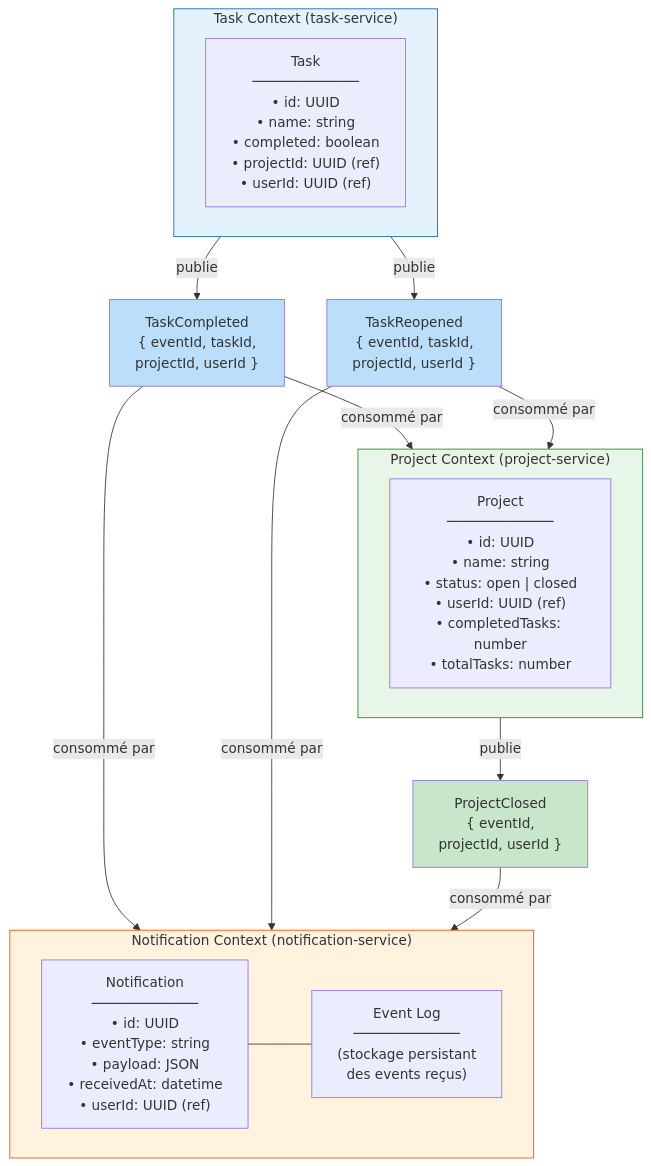
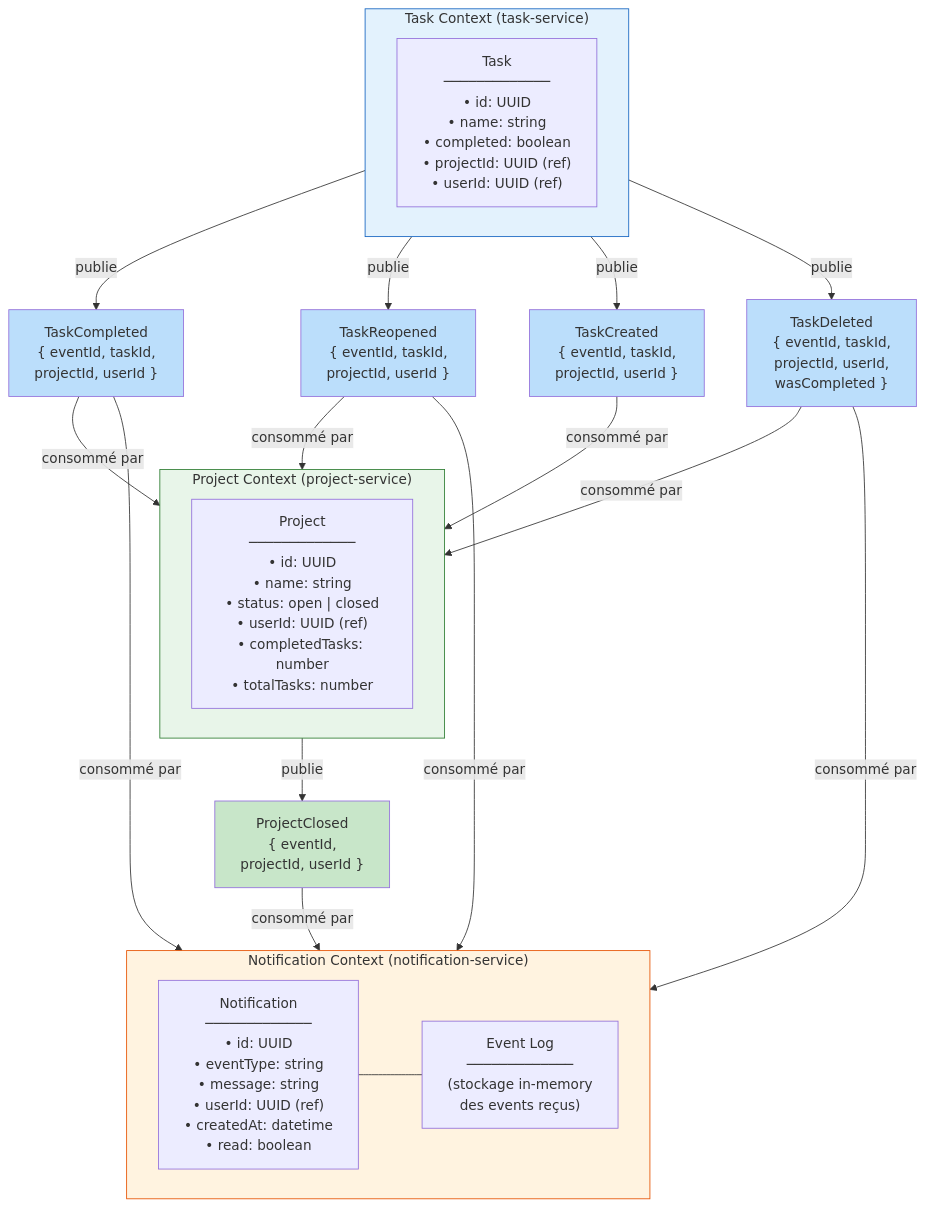
The eighth of 8 diagrams in docs/ARCHITECTURE.md (KarimHannaallah/Archi-logicielle), drawn with Mermaid before and after one commit. The commit also changed other lines of this file and 2 other files, not shown here.

Commit message:
docs: ADR-005 event-driven + architecture finale + README complet

````diff
--- a/docs/ARCHITECTURE.md
+++ b/docs/ARCHITECTURE.md
@@ -389,36 +422,45 @@
 ```mermaid
 graph TB
     subgraph TC ["Task Context (task-service)"]
         Task["Task\n─────────────\n• id: UUID\n• name: string\n• completed: boolean\n• projectId: UUID (ref)\n• userId: UUID (ref)"]
     end
 
     subgraph PC ["Project Context (project-service)"]
         Project["Project\n─────────────\n• id: UUID\n• name: string\n• status: open | closed\n• userId: UUID (ref)\n• completedTasks: number\n• totalTasks: number"]
     end
 
     subgraph NC ["Notification Context (notification-service)"]
-        Notification["Notification\n─────────────\n• id: UUID\n• eventType: string\n• payload: JSON\n• receivedAt: datetime\n• userId: UUID (ref)"]
-        EventLog["Event Log\n─────────────\n(stockage persistant\ndes events reçus)"]
+        Notification["Notification\n─────────────\n• id: UUID\n• eventType: string\n• message: string\n• userId: UUID (ref)\n• createdAt: datetime\n• read: boolean"]
+        EventLog["Event Log\n─────────────\n(stockage in-memory\ndes events reçus)"]
         Notification --- EventLog
     end
 
     TCEvent1["TaskCompleted\n{ eventId, taskId,\nprojectId, userId }"]
     TCEvent2["TaskReopened\n{ eventId, taskId,\nprojectId, userId }"]
+    TCEvent3["TaskCreated\n{ eventId, taskId,\nprojectId, userId }"]
+    TCEvent4["TaskDeleted\n{ eventId, taskId,\nprojectId, userId,\nwasCompleted }"]
     PCEvent1["ProjectClosed\n{ eventId,\nprojectId, userId }"]
 
     TC -->|publie| TCEvent1
     TC -->|publie| TCEvent2
+    TC -->|publie| TCEvent3
+    TC -->|publie| TCEvent4
     TCEvent1 -->|consommé par| PC
     TCEvent2 -->|consommé par| PC
+    TCEvent3 -->|consommé par| PC
+    TCEvent4 -->|consommé par| PC
     TCEvent1 -->|consommé par| NC
     TCEvent2 -->|consommé par| NC
+    TCEvent4 -->|consommé par| NC
     PC -->|publie| PCEvent1
     PCEvent1 -->|consommé par| NC
 
     style TC fill:#e3f2fd,stroke:#1565c0
     style PC fill:#e8f5e9,stroke:#2e7d32
     style NC fill:#fff3e0,stroke:#e65100
     style TCEvent1 fill:#bbdefb
     style TCEvent2 fill:#bbdefb
+    style TCEvent3 fill:#bbdefb
+    style TCEvent4 fill:#bbdefb
     style PCEvent1 fill:#c8e6c9
 ```
````
